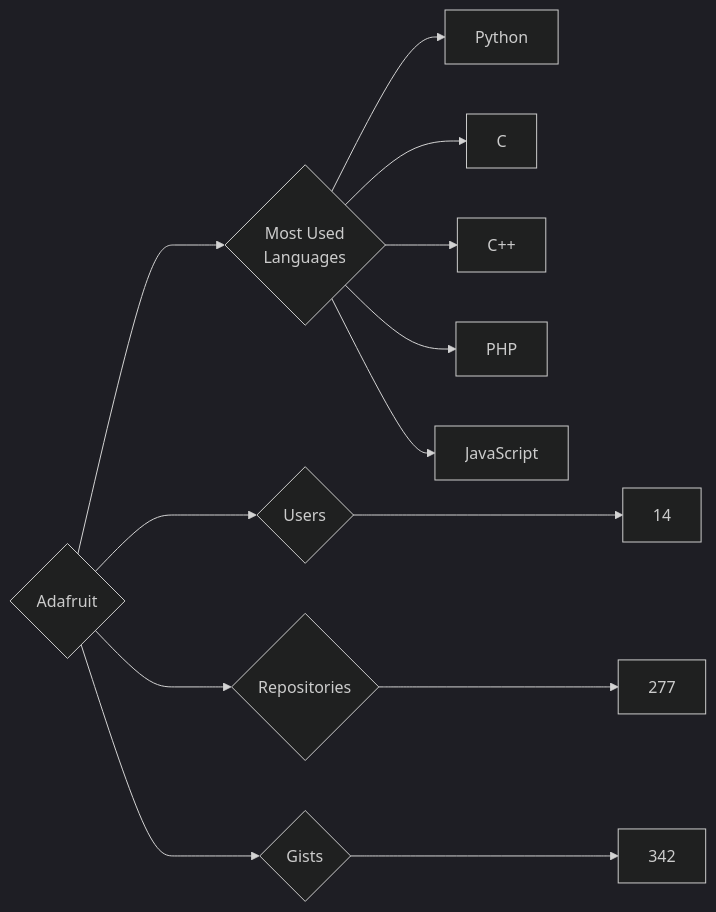
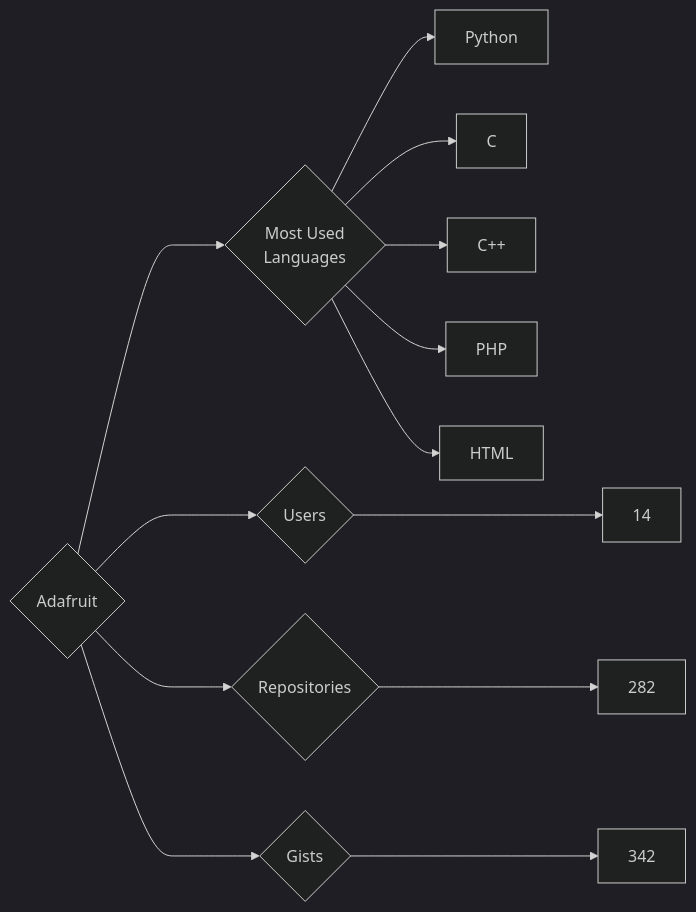
One commit to trickest/insiders changed the diagram in targets/Adafruit/README.md. Above: the diagram before and after it, drawn with Mermaid (dark theme). The commit also changed 611 other files, not shown here.

````diff
--- a/targets/Adafruit/README.md
+++ b/targets/Adafruit/README.md
@@ -3,13 +3,13 @@
 ```mermaid
 graph LR
 COMPANY_NAME{Adafruit}
 COMPANY_NAME ---> U{Users} ---> UN[14]
-COMPANY_NAME ---> R{Repositories} ---> RN[277]
+COMPANY_NAME ---> R{Repositories} ---> RN[282]
 COMPANY_NAME ---> G{Gists} ---> GN[342]
 COMPANY_NAME ---> ML{Most Used<br>Languages}
 ML --> Python[Python]
 ML --> C[C]
 ML --> C++[C++]
 ML --> PHP[PHP]
-ML --> JavaScript[JavaScript]
+ML --> HTML[HTML]
 ```
````
